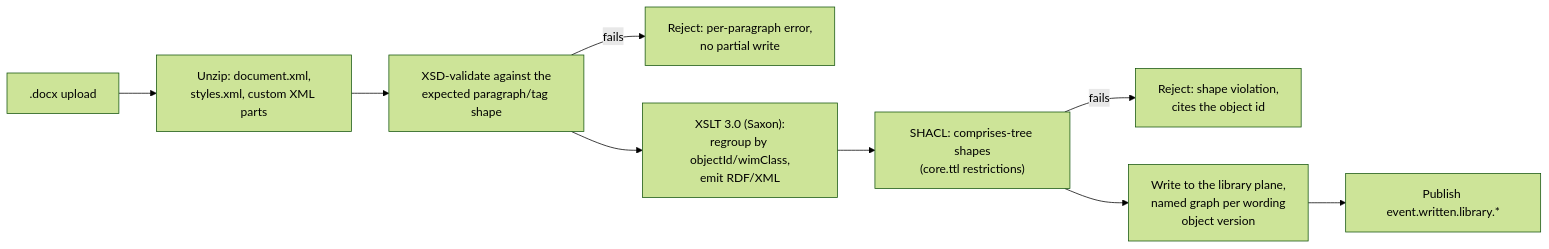
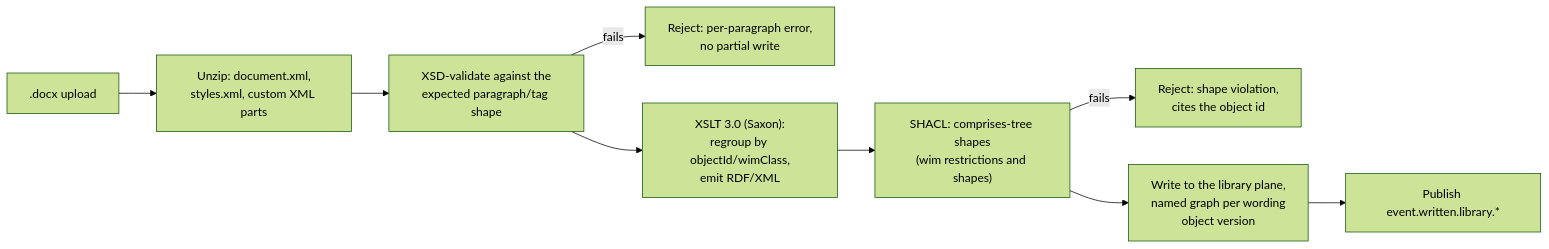
One commit to nebularis/open-cbaa changed the first of 3 diagrams in docs/discovery/poc-ideas.md. Above: the diagram before and after it, drawn with Mermaid (forest theme). The commit also changed other lines of this file and 44 other files, not shown here.

````diff
--- a/docs/discovery/poc-ideas.md
+++ b/docs/discovery/poc-ideas.md
@@ -110,11 +110,11 @@
 ```mermaid
 flowchart LR
     A[".docx upload"] --> B["Unzip: document.xml,\nstyles.xml, custom XML parts"]
     B --> C["XSD-validate against the\nexpected paragraph/tag shape"]
     C -->|fails| C1["Reject: per-paragraph error,\nno partial write"]
     C --> D["XSLT 3.0 (Saxon):\nregroup by objectId/wimClass,\nemit RDF/XML"]
-    D --> E["SHACL: comprises-tree shapes\n(core.ttl restrictions)"]
+    D --> E["SHACL: comprises-tree shapes\n(wim restrictions and shapes)"]
     E -->|fails| E1["Reject: shape violation,\ncites the object id"]
     E --> F["Write to the library plane,\nnamed graph per wording\nobject version"]
     F --> G["Publish event.written.library.*"]
 ```
````
